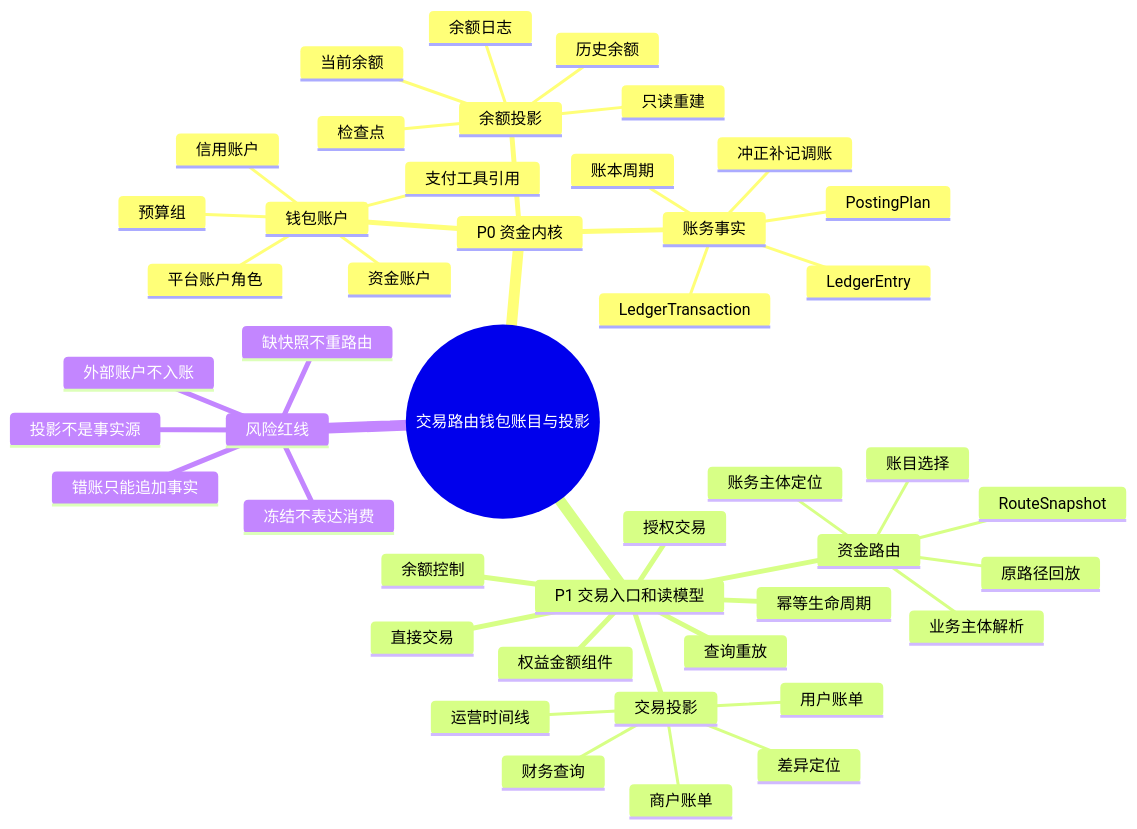
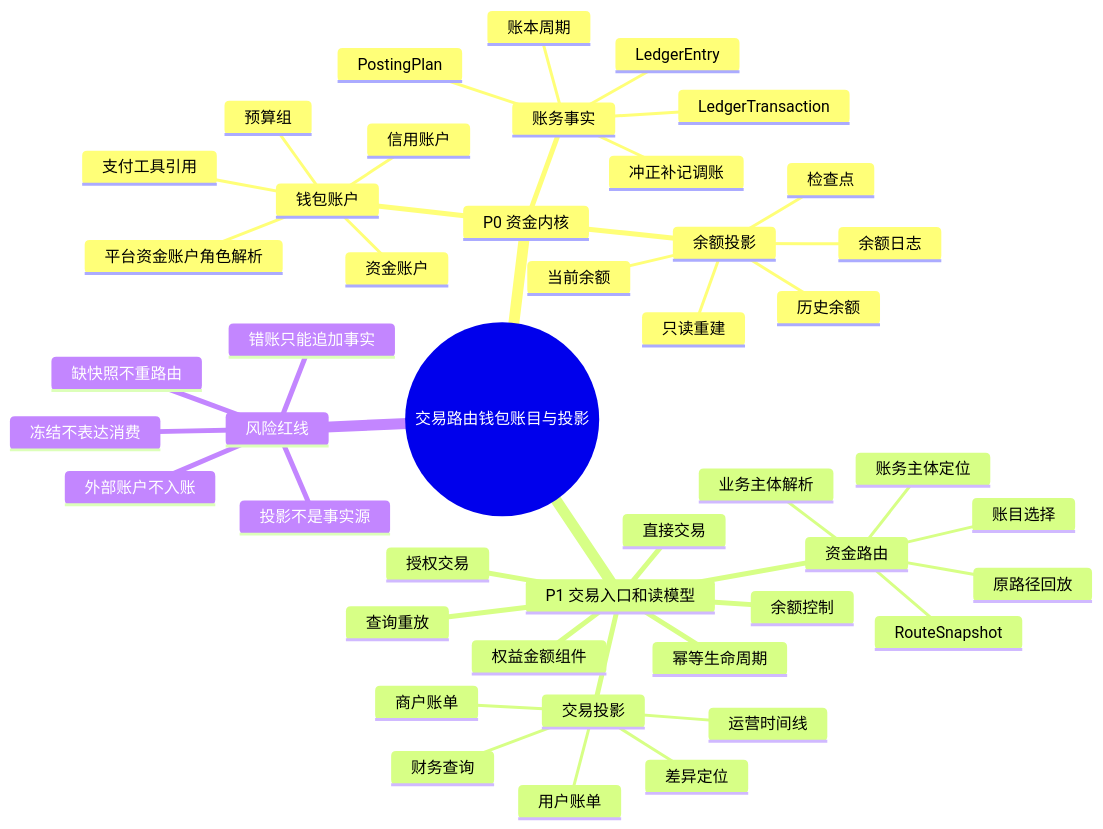
One commit to fengwuxp/wind-funds changed the second of 22 diagrams in docs/产品设计/02-交易路由钱包账目与投影.md. Above: the diagram before and after it, drawn with Mermaid. The commit also changed other lines of this file and 39 other files, not shown here.

````diff
--- a/docs/产品设计/02-交易路由钱包账目与投影.md
+++ b/docs/产品设计/02-交易路由钱包账目与投影.md
@@ -73,48 +73,48 @@
 ```mermaid
 mindmap
   root((交易路由钱包账目与投影))
     P0 资金内核
       钱包账户
         资金账户
         信用账户
         预算组
-        平台账户角色
+        平台资金账户角色解析
         支付工具引用
       账务事实
         PostingPlan
         LedgerTransaction
         LedgerEntry
         账本周期
         冲正补记调账
       余额投影
         当前余额
         历史余额
         余额日志
         检查点
         只读重建
     P1 交易入口和读模型
       直接交易
       授权交易
       余额控制
       权益金额组件
       幂等生命周期
       查询重放
       资金路由
         业务主体解析
         账务主体定位
         账目选择
         RouteSnapshot
         原路径回放
       交易投影
         用户账单
         商户账单
         运营时间线
         财务查询
         差异定位
     风险红线
       外部账户不入账
       投影不是事实源
       冻结不表达消费
       缺快照不重路由
       错账只能追加事实
 ```
````
